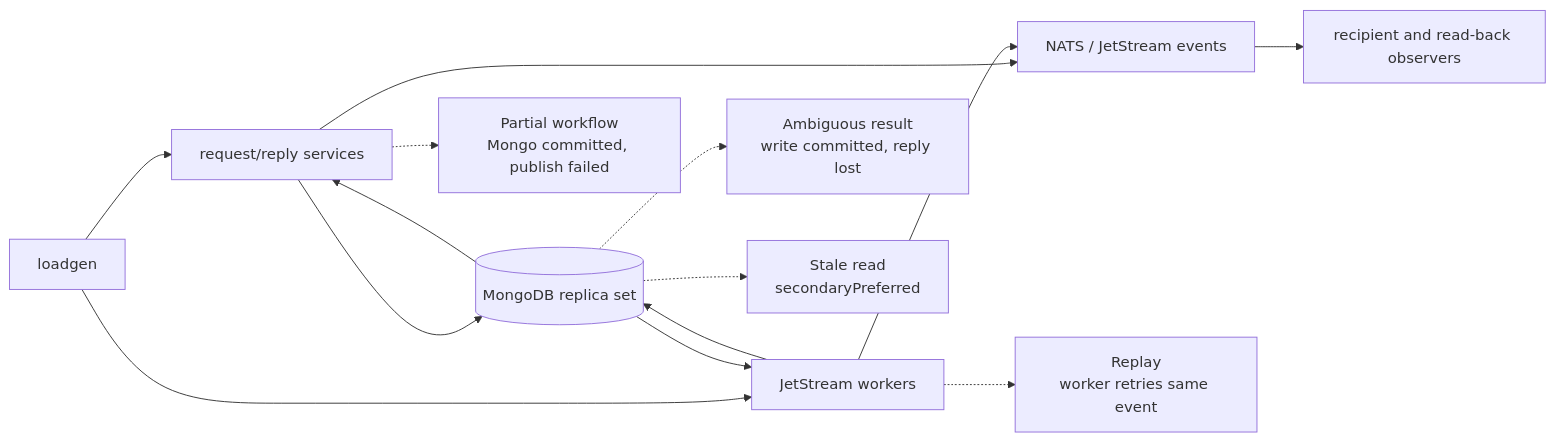
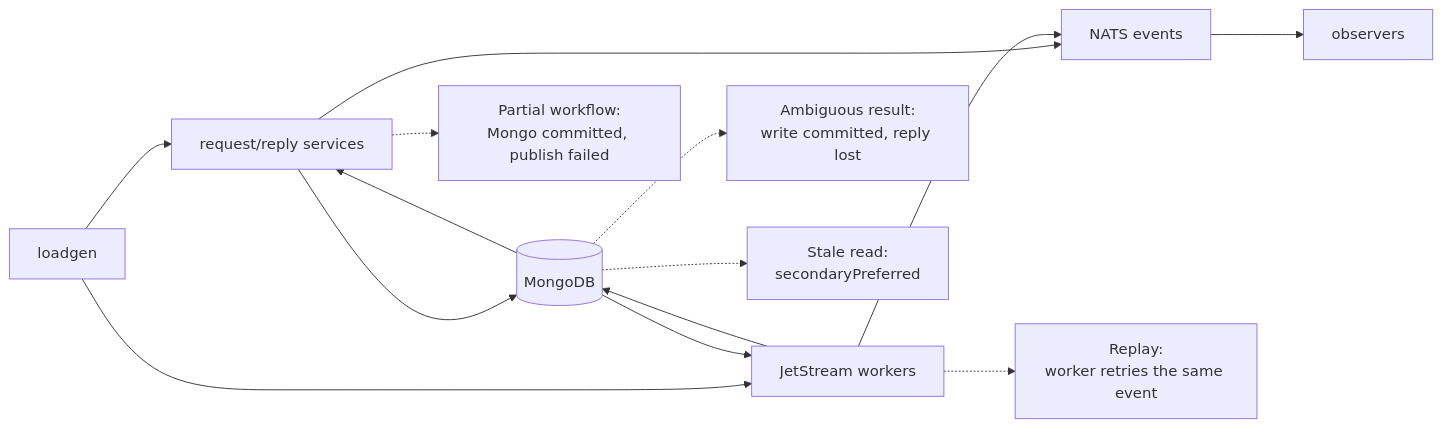
The diagram in docs/load-testing/failure/mongodb.md (hmchangw/newchat), drawn with Mermaid before and after one commit. The commit also changed other lines of this file, not shown here.

First line of the commit message:
docs(load-testing): rewrite the MongoDB failure doc around what loadgen can prove

````diff
--- a/docs/load-testing/failure/mongodb.md
+++ b/docs/load-testing/failure/mongodb.md
@@ -79,24 +63,17 @@
 ```mermaid
 flowchart LR
-    LG["loadgen"]
-    RPC["request/reply services"]
-    JSW["JetStream workers"]
-    M[("MongoDB replica set")]
-    EVT["NATS / JetStream events"]
-    OBS["recipient and read-back observers"]
-
-    LG --> RPC --> M
-    LG --> JSW --> M
-    M --> RPC --> EVT --> OBS
+    LG["loadgen"] --> RPC["request/reply services"] --> M[("MongoDB")]
+    LG --> JSW["JetStream workers"] --> M
+    M --> RPC --> EVT["NATS events"] --> OBS["observers"]
     M --> JSW --> EVT
 
-    A["Ambiguous result<br/>write committed, reply lost"]
-    B["Partial workflow<br/>Mongo committed, publish failed"]
-    C["Replay<br/>worker retries same event"]
-    D["Stale read<br/>secondaryPreferred"]
+    A["Ambiguous result:<br/>write committed, reply lost"]
+    B["Partial workflow:<br/>Mongo committed, publish failed"]
+    C["Replay:<br/>worker retries the same event"]
+    D["Stale read:<br/>secondaryPreferred"]
 
     M -.-> A
     RPC -.-> B
     JSW -.-> C
     M -.-> D
 ```
````
